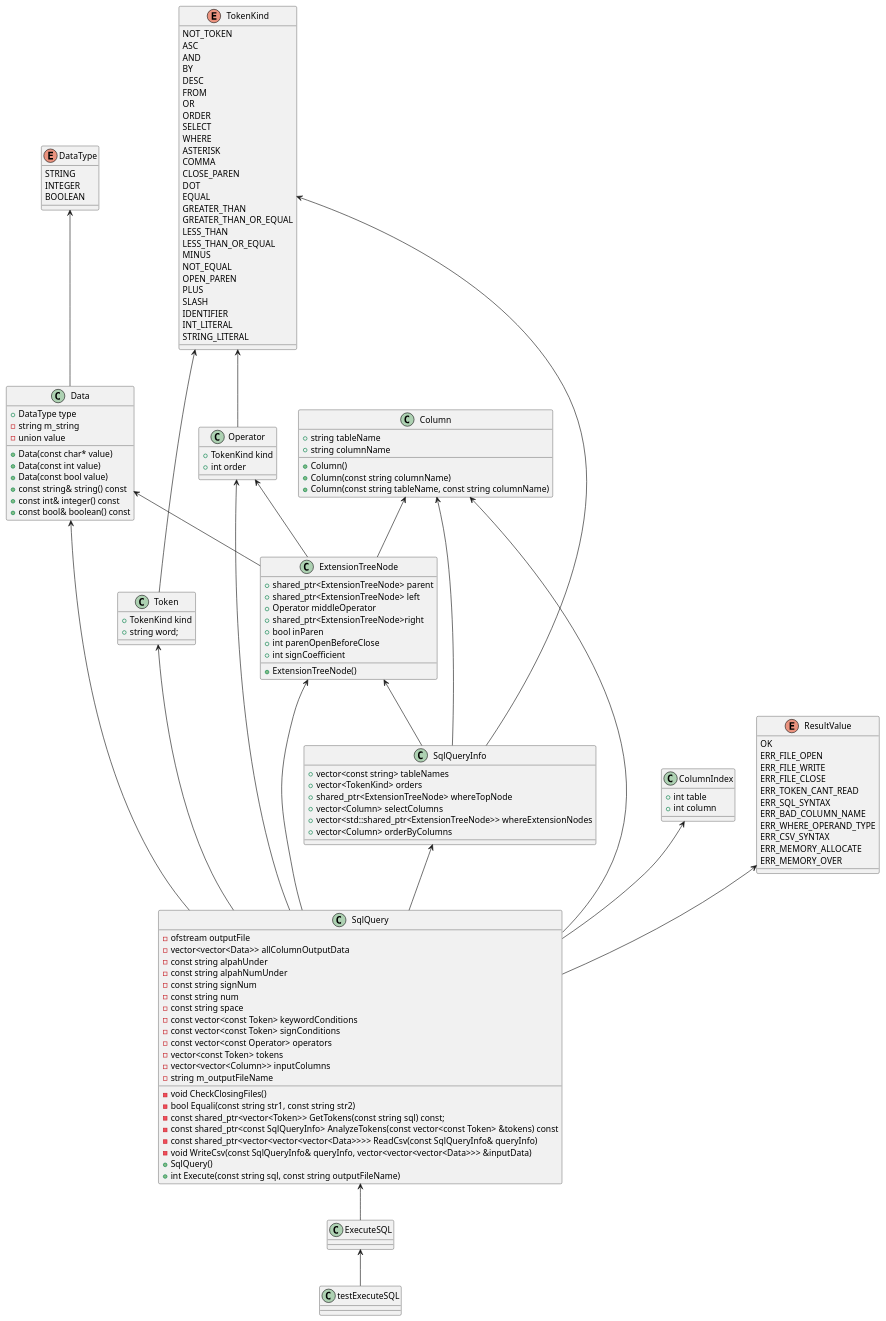
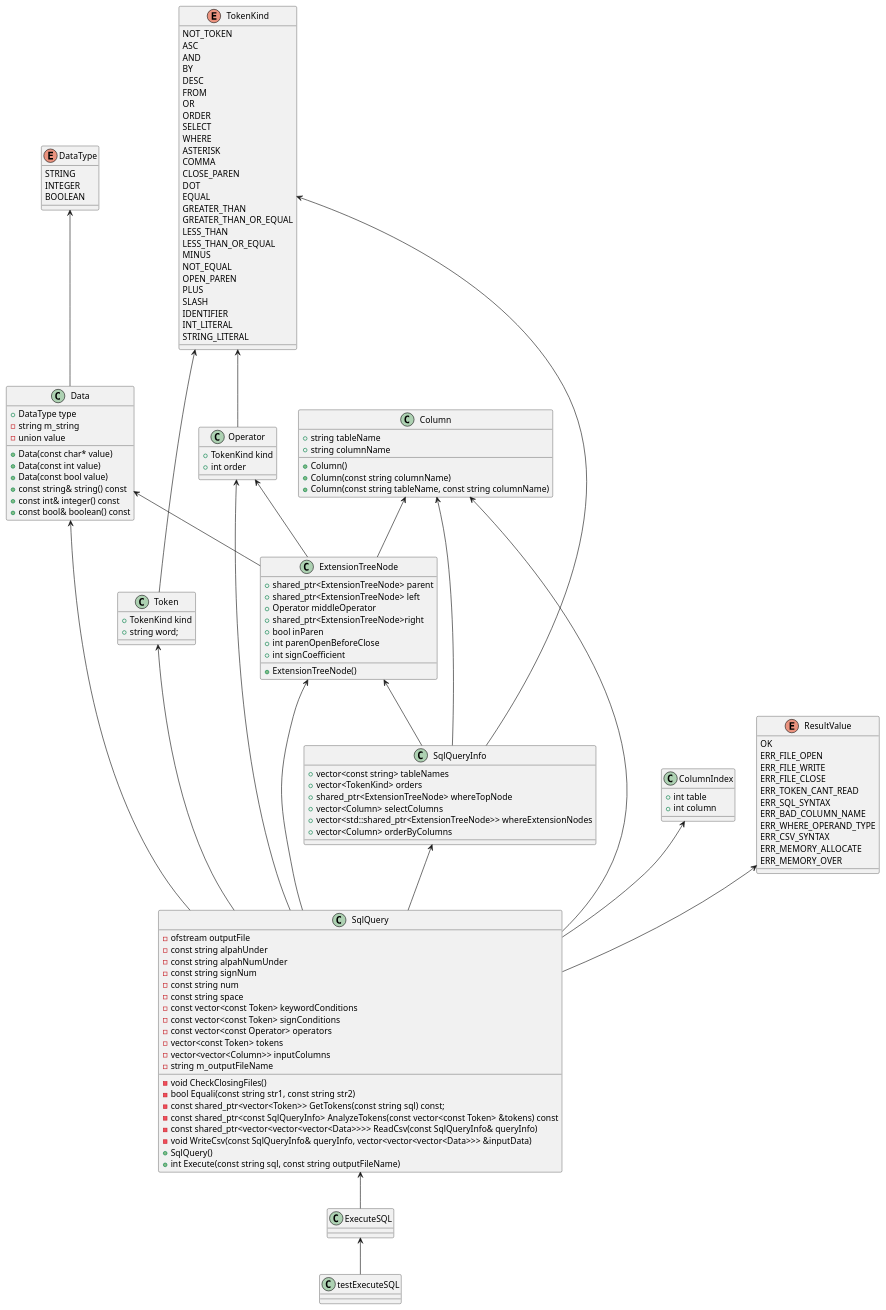
One commit to yotten/TinySQL changed the diagram in ExecuteSQL.pu. Above: the diagram before and after it, drawn with PlantUML. The commit also changed 2 other files, not shown here.

Commit message:
138.SqlQueryのメンバ変数の見直し5(allColumnOutputData削除)
[----------] Global test environment tear-down
[==========] 213 tests from 1 test case ran. (5707 ms total)
[  PASSED  ] 213 tests.

```diff
--- a/ExecuteSQL.pu
+++ b/ExecuteSQL.pu
@@ -1,149 +1,148 @@
 @startuml
 
 class testExecuteSQL {}
 class SqlQueryInfo {
 	+vector<const string> tableNames
 	+vector<TokenKind> orders
 	+shared_ptr<ExtensionTreeNode> whereTopNode
 	+vector<Column> selectColumns
 	+vector<std::shared_ptr<ExtensionTreeNode>> whereExtensionNodes
 	+vector<Column> orderByColumns
 }
 class SqlQuery {
 	-ofstream outputFile
-	-vector<vector<Data>> allColumnOutputData	
 	-const string alpahUnder
 	-const string alpahNumUnder
 	-const string signNum
 	-const string num
 	-const string space
 	-const vector<const Token> keywordConditions
 	-const vector<const Token> signConditions
 	-const vector<const Operator> operators
 	-vector<const Token> tokens
 	-vector<vector<Column>> inputColumns
 	-void CheckClosingFiles()
 	-string m_outputFileName
 	-bool Equali(const string str1, const string str2)
 	-const shared_ptr<vector<Token>> GetTokens(const string sql) const;
 	-const shared_ptr<const SqlQueryInfo> AnalyzeTokens(const vector<const Token> &tokens) const
 	-const shared_ptr<vector<vector<vector<Data>>>> ReadCsv(const SqlQueryInfo& queryInfo)
 	-void WriteCsv(const SqlQueryInfo& queryInfo, vector<vector<vector<Data>>> &inputData)
 	+SqlQuery()
 	+int Execute(const string sql, const string outputFileName)
 }
 class ExecuteSQL {
 	
 }
 
 class Data {
     +DataType type
 	-string m_string
 	-union value
 	+Data(const char* value)
 	+Data(const int value)
 	+Data(const bool value)
 	+const string& string() const
 	+const int& integer() const
 	+const bool& boolean() const
 }
 class Operator{
     +TokenKind kind
     +int order
 }
 class Token{
     +TokenKind kind
     +string word;
 }
 class ExtensionTreeNode{
 	+shared_ptr<ExtensionTreeNode> parent
 	+shared_ptr<ExtensionTreeNode> left
 	+Operator middleOperator
 	+shared_ptr<ExtensionTreeNode>right
 	+bool inParen
 	+int parenOpenBeforeClose
 	+int signCoefficient
 	+ExtensionTreeNode()
 }
 class ColumnIndex{
     +int table
     +int column
 }
 class Column{
     +string tableName
     +string columnName
     +Column()
     +Column(const string columnName)
     +Column(const string tableName, const string columnName)
 }
 enum DataType{
    	STRING
 	INTEGER
 	BOOLEAN
 }
 enum TokenKind{
     NOT_TOKEN
 	ASC
 	AND
 	BY
 	DESC
 	FROM
 	OR
 	ORDER
 	SELECT
 	WHERE
 	ASTERISK
 	COMMA
 	CLOSE_PAREN
 	DOT
 	EQUAL
 	GREATER_THAN
 	GREATER_THAN_OR_EQUAL
 	LESS_THAN
 	LESS_THAN_OR_EQUAL
 	MINUS
 	NOT_EQUAL
 	OPEN_PAREN
 	PLUS
 	SLASH
 	IDENTIFIER
 	INT_LITERAL
 	STRING_LITERAL
 }
 enum ResultValue{
     OK
 	ERR_FILE_OPEN
 	ERR_FILE_WRITE
 	ERR_FILE_CLOSE
 	ERR_TOKEN_CANT_READ
 	ERR_SQL_SYNTAX
 	ERR_BAD_COLUMN_NAME
 	ERR_WHERE_OPERAND_TYPE
 	ERR_CSV_SYNTAX
 	ERR_MEMORY_ALLOCATE
 	ERR_MEMORY_OVER
 }
 
 ExecuteSQL <-- testExecuteSQL
 SqlQuery <-- ExecuteSQL
 
 Data <-- SqlQuery
 Operator <-- SqlQuery
 Token <-- SqlQuery
 ExtensionTreeNode <-- SqlQuery
 ColumnIndex <-- SqlQuery
 Column <-- SqlQuery
 ResultValue <-- SqlQuery
 SqlQueryInfo <-- SqlQuery
 
 Column <-- SqlQueryInfo
 TokenKind <-- SqlQueryInfo
 ExtensionTreeNode <-- SqlQueryInfo
 
 DataType <-- Data
 TokenKind <-- Token
 TokenKind <-- Operator
 Operator <-- ExtensionTreeNode
 Column <-- ExtensionTreeNode
 Data <-- ExtensionTreeNode
 @enduml
```
